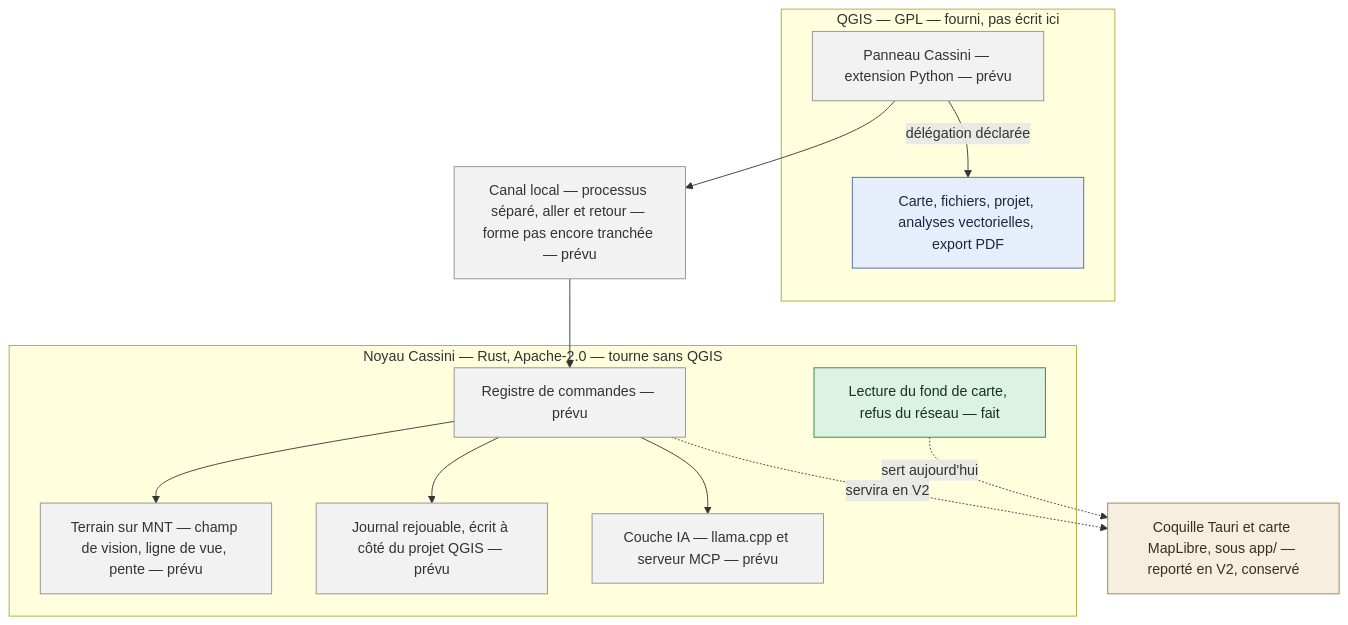
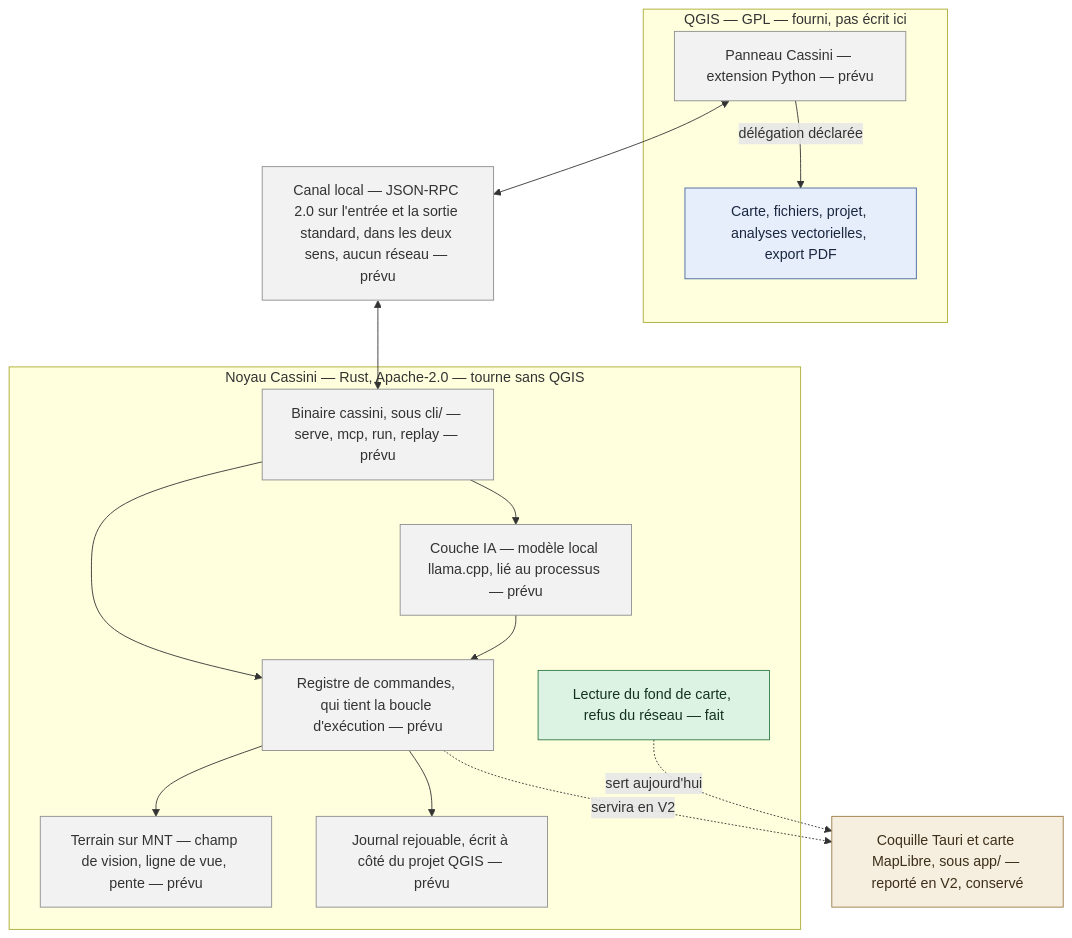
The first of 3 diagrams in README.md (Kevzi/cassini-gis), drawn with Mermaid before and after one commit. The commit also changed other lines of this file and 1 other file, not shown here.

First line of the commit message:
docs(1.10): met le README au contrat d'architecture

````diff
--- a/README.md
+++ b/README.md
@@ -119,37 +131,40 @@
 ```mermaid
 flowchart TB
     subgraph qgis["QGIS — GPL — fourni, pas écrit ici"]
         panneau["Panneau Cassini — extension Python — prévu"]
         moteurQgis["Carte, fichiers, projet, analyses vectorielles, export PDF"]
     end
 
-    canal["Canal local — processus séparé, aller et retour — forme pas encore tranchée — prévu"]
+    canal["Canal local — JSON-RPC 2.0 sur l'entrée et la sortie standard, dans les deux sens, aucun réseau — prévu"]
 
     subgraph noyau["Noyau Cassini — Rust, Apache-2.0 — tourne sans QGIS"]
-        registre["Registre de commandes — prévu"]
+        binaire["Binaire cassini, sous cli/ — serve, mcp, run, replay — prévu"]
+        registre["Registre de commandes, qui tient la boucle d'exécution — prévu"]
+        binaire --> registre
         terrain["Terrain sur MNT — champ de vision, ligne de vue, pente — prévu"]
         journal["Journal rejouable, écrit à côté du projet QGIS — prévu"]
-        ia["Couche IA — llama.cpp et serveur MCP — prévu"]
+        ia["Couche IA — modèle local llama.cpp, lié au processus — prévu"]
         fond["Lecture du fond de carte, refus du réseau — fait"]
         registre --> terrain
         registre --> journal
-        registre --> ia
+        binaire --> ia
+        ia --> registre
     end
 
     v2["Coquille Tauri et carte MapLibre, sous app/ — reporté en V2, conservé"]
 
-    panneau --> canal
-    canal --> registre
+    panneau <--> canal
+    canal <--> binaire
     panneau -->|"délégation déclarée"| moteurQgis
     fond -.->|"sert aujourd'hui"| v2
     registre -.->|"servira en V2"| v2
 
     classDef fait fill:#dcf2e3,stroke:#2f7a46,color:#13331f
     classDef prevu fill:#f2f2f2,stroke:#8d8d8d,color:#333333
     classDef fourni fill:#e7eefb,stroke:#45659c,color:#1a2740
     classDef reporte fill:#f6eede,stroke:#9c7a45,color:#3d2f1a
     class fond fait
-    class panneau,canal,registre,terrain,journal,ia prevu
+    class panneau,canal,binaire,registre,terrain,journal,ia prevu
     class moteurQgis fourni
     class v2 reporte
 ```
````
